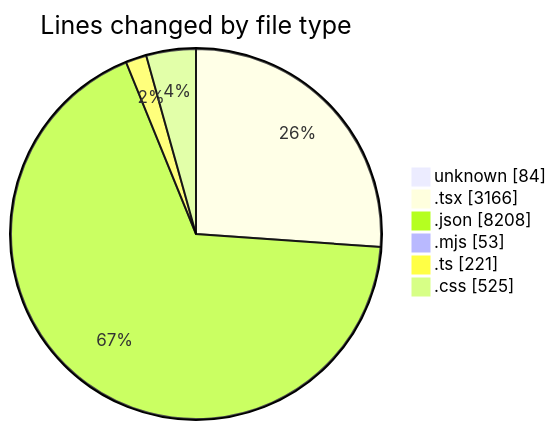
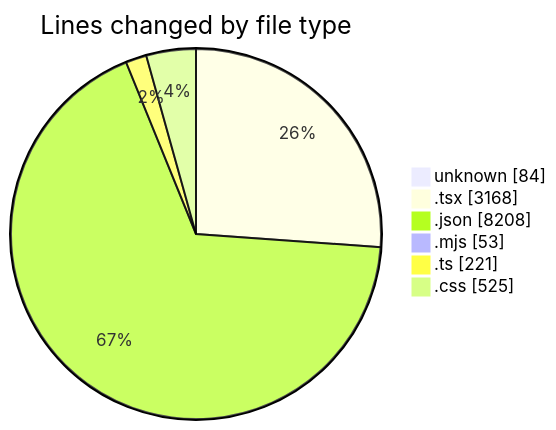
Before and after one commit to Elitesun/code-tracking: the first of 2 diagrams in 2025-05-15/niten/README.md, drawn with Mermaid. The commit also changed other lines of this file and 2 other files, not shown here.

````diff
--- a/2025-05-15/niten/README.md
+++ b/2025-05-15/niten/README.md
@@ -44,10 +44,10 @@
 ```mermaid
 pie showData
 title Lines changed by file type
 "unknown" : 84
-".tsx" : 3166
+".tsx" : 3168
 ".json" : 8208
 ".mjs" : 53
 ".ts" : 221
 ".css" : 525
 ```
````
